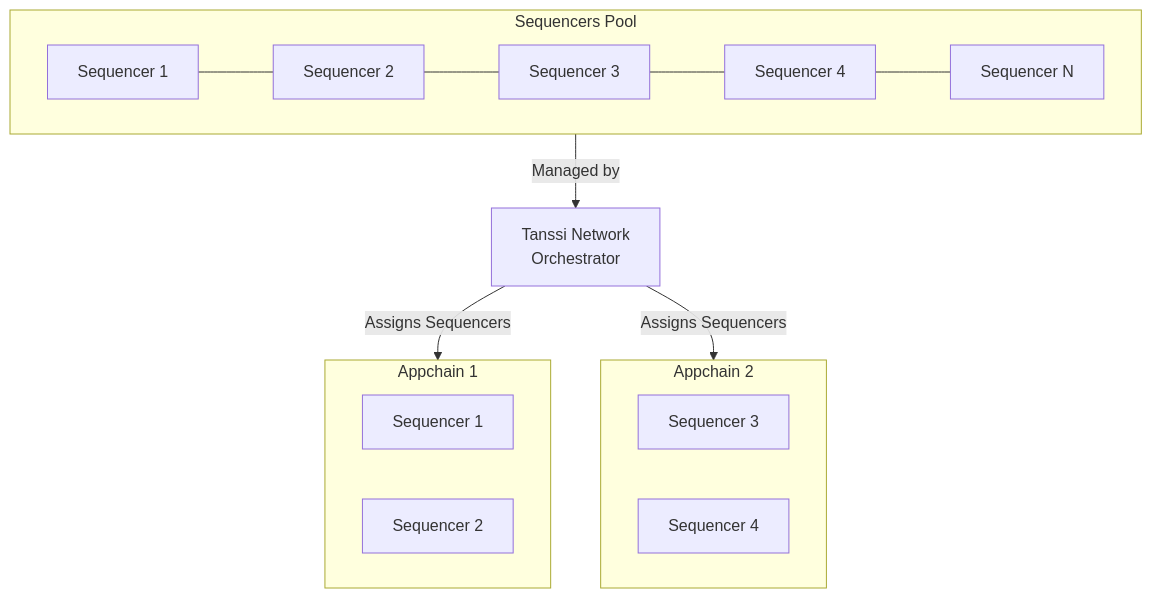
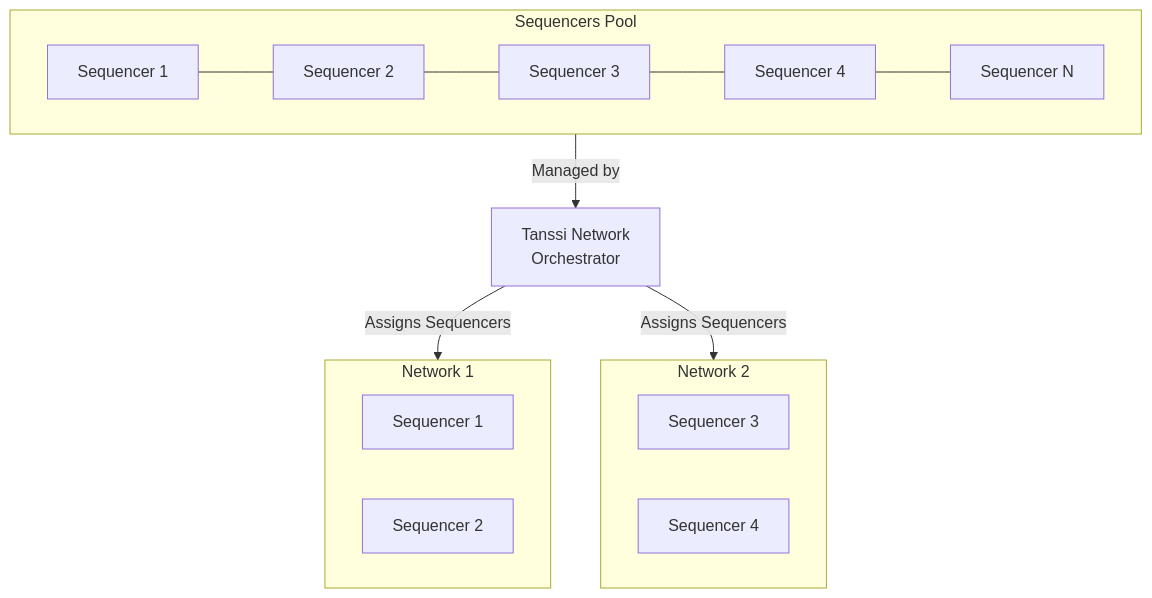
The diagram in learn/tanssi/appchain-services/block-production.md (moondance-labs/tanssi-docs), drawn with Mermaid before and after one commit. The commit also changed other lines of this file and 5 other files, not shown here.

````diff
--- a/learn/tanssi/appchain-services/block-production.md
+++ b/learn/tanssi/appchain-services/block-production.md
@@ -31,29 +31,29 @@
 ```mermaid
 flowchart TB
-    subgraph appchain1 [Appchain 1]
+    subgraph network1 [Network 1]
         s1bis[Sequencer 1]
         s2bis[Sequencer 2]
     end
 
-    subgraph appchain2 [Appchain 2]
+    subgraph network2 [Network 2]
         s3bis[Sequencer 3]
         s4bis[Sequencer 4]
     end
 
     Tanssi[Tanssi Network<br/>Orchestrator]
 
     subgraph sequencers [Sequencers Pool]
         direction LR
         s1[Sequencer 1]
         s2[Sequencer 2]
         s3[Sequencer 3]
         s4[Sequencer 4]
         sn[Sequencer N]
 
         s1 --- s2 --- s3 --- s4 --- sn
     end
 
     sequencers -- Managed by --> Tanssi
-    Tanssi -- Assigns Sequencers --> appchain1
-    Tanssi -- Assigns Sequencers --> appchain2
+    Tanssi -- Assigns Sequencers --> network1
+    Tanssi -- Assigns Sequencers --> network2
 ```
````
